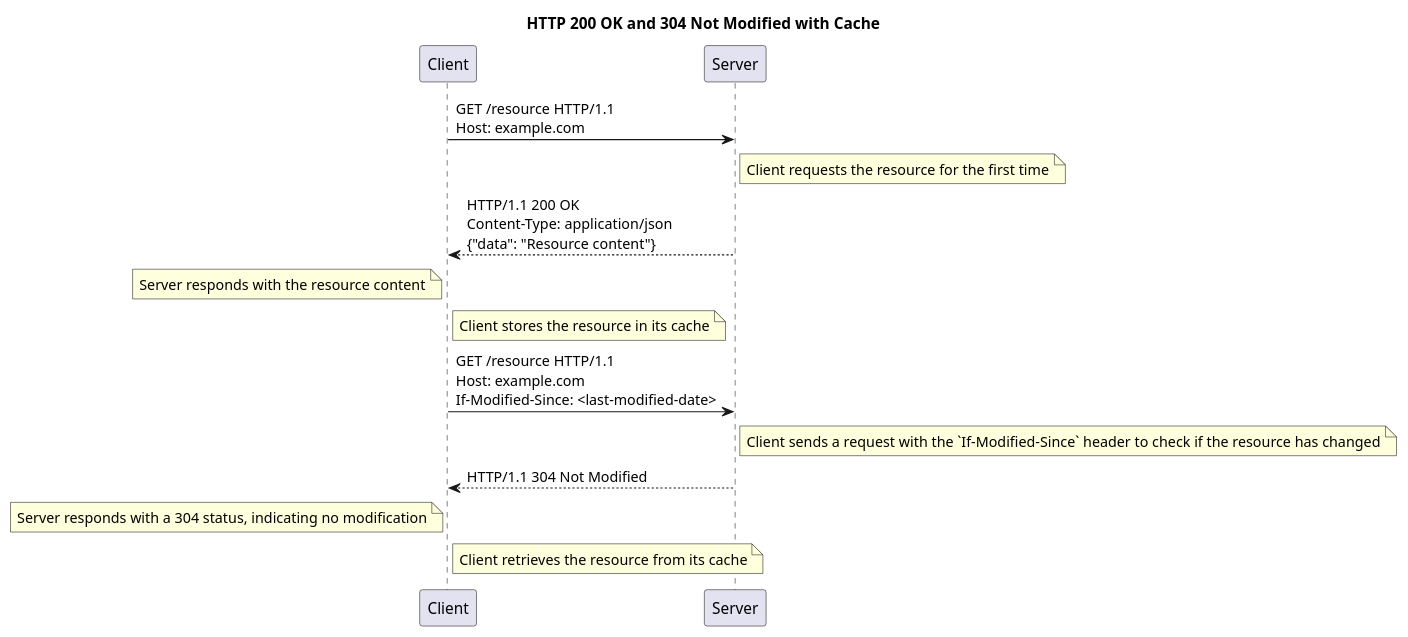
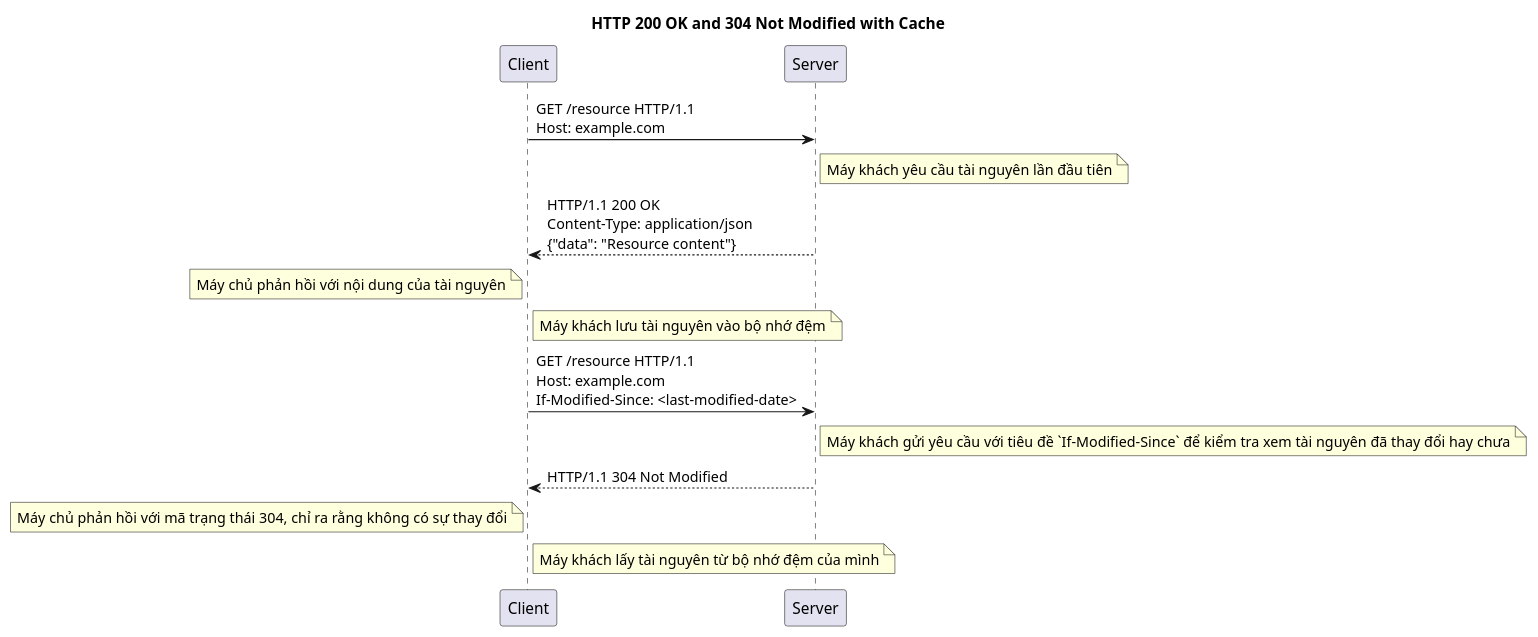
Diagram 15 of 26 in packages/apps/src/blog/2024-12-05-y-nghia-cua-cac-http-status-code.md (thanhlv-com/thanhlv-blog), drawn with PlantUML before and after one commit. The commit also changed other lines of this file and 3 other files, not shown here.

````diff
--- a/packages/apps/src/blog/2024-12-05-y-nghia-cua-cac-http-status-code.md
+++ b/packages/apps/src/blog/2024-12-05-y-nghia-cua-cac-http-status-code.md
@@ -528,24 +524,25 @@
 ```plantuml
 @startuml
 
 title HTTP 200 OK and 304 Not Modified with Cache
 
 participant "Client" as C
 participant "Server" as S
 
 C -> S: GET /resource HTTP/1.1\nHost: example.com
-note right of S: Client requests the resource for the first time
+note right of S: Máy khách yêu cầu tài nguyên lần đầu tiên
 
 S --> C: HTTP/1.1 200 OK\nContent-Type: application/json\n{"data": "Resource content"}
-note left of C: Server responds with the resource content
-note right of C: Client stores the resource in its cache
+note left of C: Máy chủ phản hồi với nội dung của tài nguyên
+note right of C: Máy khách lưu tài nguyên vào bộ nhớ đệm
 
 C -> S: GET /resource HTTP/1.1\nHost: example.com\nIf-Modified-Since: <last-modified-date>
-note right of S: Client sends a request with the `If-Modified-Since` header to check if the resource has changed
+note right of S: Máy khách gửi yêu cầu với tiêu đề `If-Modified-Since` để kiểm tra xem tài nguyên đã thay đổi hay chưa
 
 S --> C: HTTP/1.1 304 Not Modified
-note left of C: Server responds with a 304 status, indicating no modification
-note right of C: Client retrieves the resource from its cache
+note left of C: Máy chủ phản hồi với mã trạng thái 304, chỉ ra rằng không có sự thay đổi
+note right of C: Máy khách lấy tài nguyên từ bộ nhớ đệm của mình
 
 @enduml
+
 ```
````
